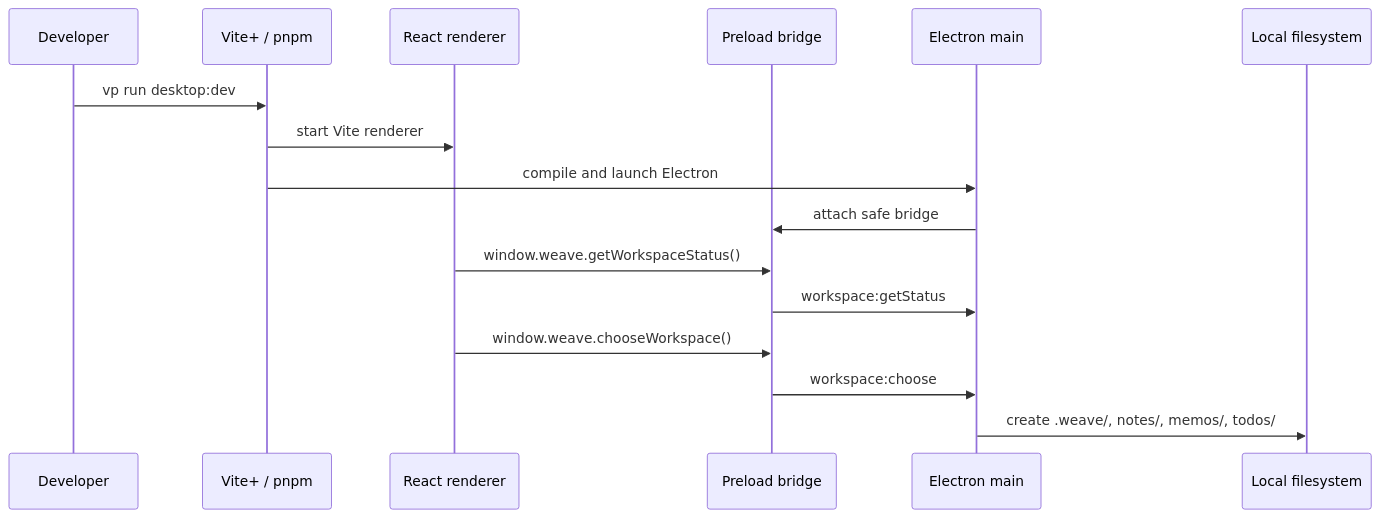
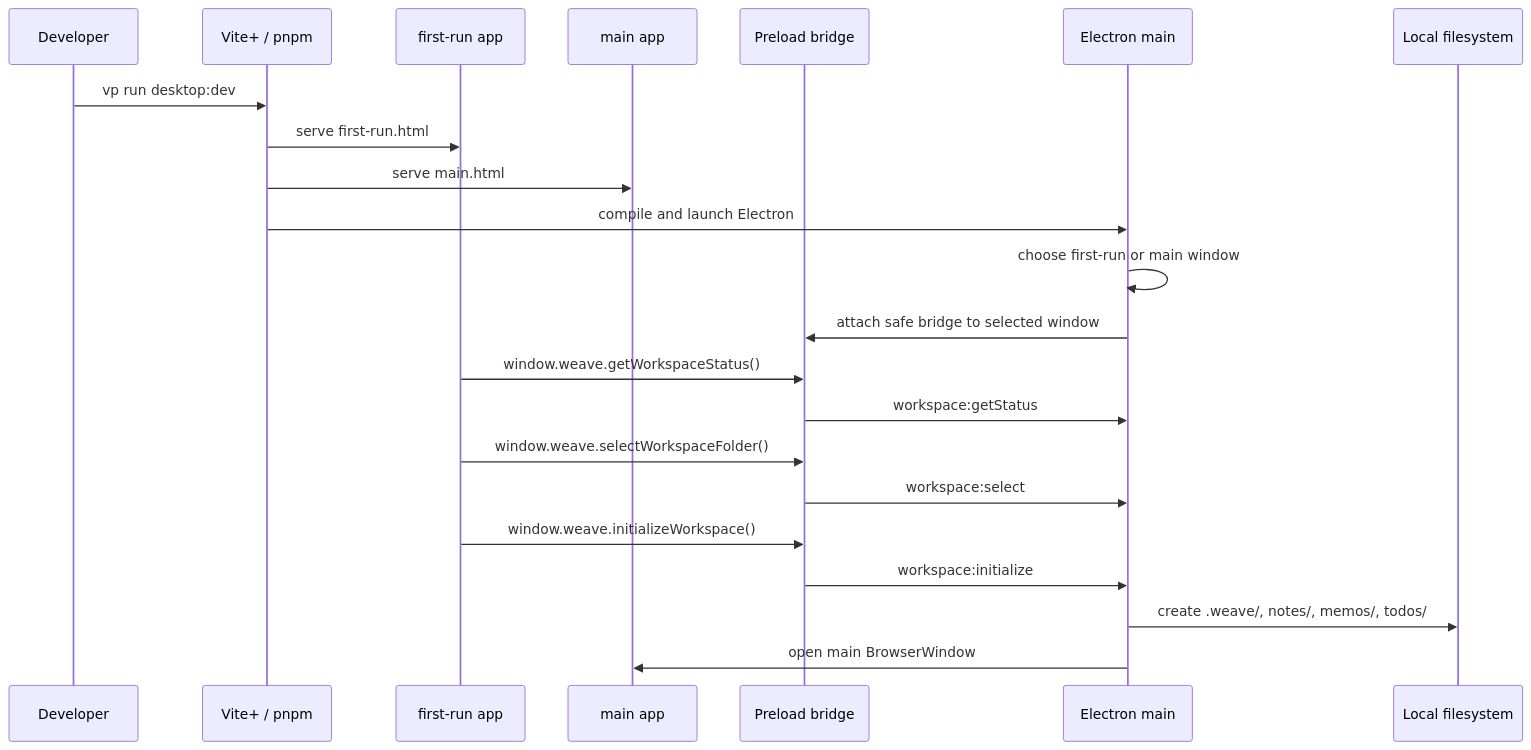
The second of 2 diagrams in docs/architecture.md (deweyou/weave), drawn with Mermaid before and after one commit. The commit also changed other lines of this file and 37 other files, not shown here.

Commit message:
feat: add first-run onboarding shell

````diff
--- a/docs/architecture.md
+++ b/docs/architecture.md
@@ -40,19 +48,25 @@
 ```mermaid
 sequenceDiagram
     participant Dev as Developer
     participant VP as Vite+ / pnpm
-    participant UI as React renderer
+    participant Setup as first-run app
+    participant MainUI as main app
     participant Preload as Preload bridge
     participant Main as Electron main
     participant FS as Local filesystem
 
     Dev->>VP: vp run desktop:dev
-    VP->>UI: start Vite renderer
+    VP->>Setup: serve first-run.html
+    VP->>MainUI: serve main.html
     VP->>Main: compile and launch Electron
-    Main->>Preload: attach safe bridge
-    UI->>Preload: window.weave.getWorkspaceStatus()
+    Main->>Main: choose first-run or main window
+    Main->>Preload: attach safe bridge to selected window
+    Setup->>Preload: window.weave.getWorkspaceStatus()
     Preload->>Main: workspace:getStatus
-    UI->>Preload: window.weave.chooseWorkspace()
-    Preload->>Main: workspace:choose
+    Setup->>Preload: window.weave.selectWorkspaceFolder()
+    Preload->>Main: workspace:select
+    Setup->>Preload: window.weave.initializeWorkspace()
+    Preload->>Main: workspace:initialize
     Main->>FS: create .weave/, notes/, memos/, todos/
+    Main->>MainUI: open main BrowserWindow
 ```
````
